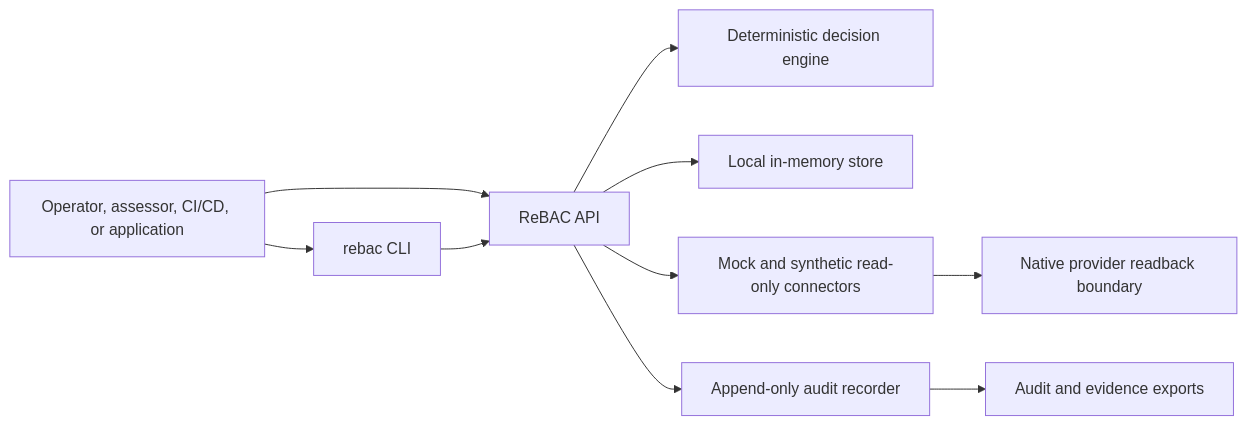
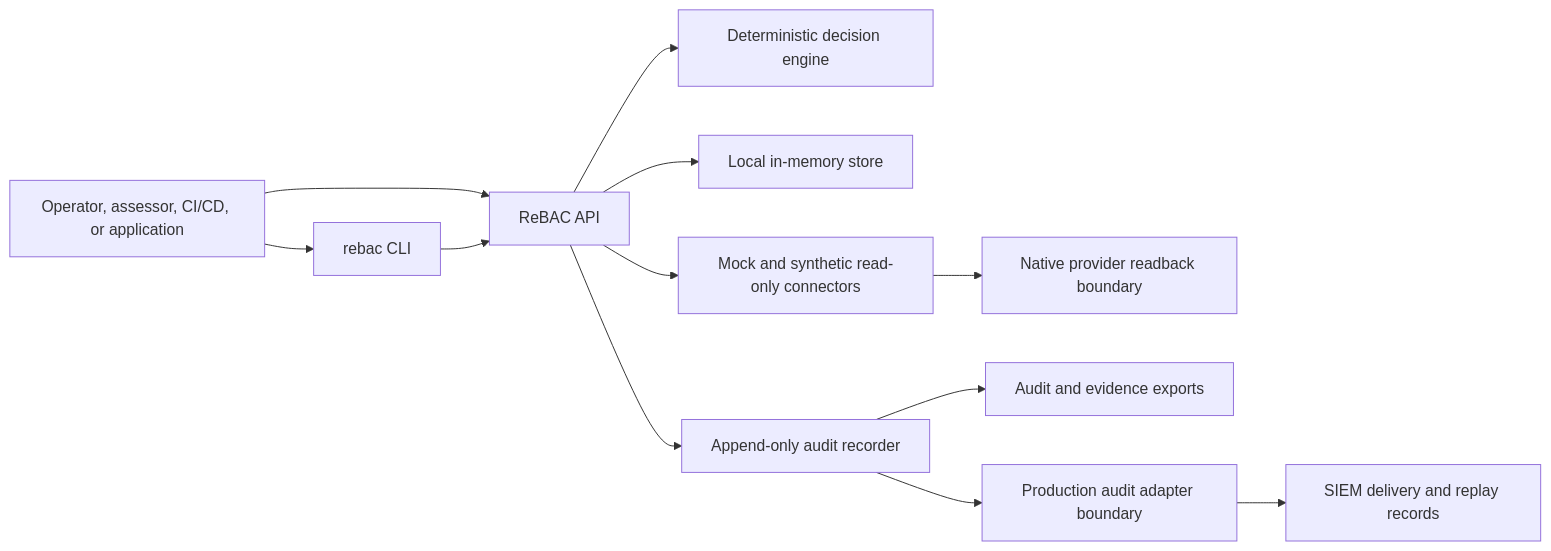
One commit to pbroom/access-kit changed the diagram in docs/system-context-and-boundary.md. Above: the diagram before and after it, drawn with Mermaid. The commit also changed other lines of this file and 21 other files, not shown here.

Commit message:
feat: add production audit evidence adapter (#74)

````diff
--- a/docs/system-context-and-boundary.md
+++ b/docs/system-context-and-boundary.md
@@ -21,12 +21,14 @@
 ```mermaid
 flowchart LR
   user["Operator, assessor, CI/CD, or application"] --> cli["rebac CLI"]
   user --> api["ReBAC API"]
   cli --> api
   api --> engine["Deterministic decision engine"]
   api --> store["Local in-memory store"]
   api --> connectors["Mock and synthetic read-only connectors"]
   connectors --> native["Native provider readback boundary"]
   api --> audit["Append-only audit recorder"]
   audit --> evidence["Audit and evidence exports"]
+  audit --> worm["Production audit adapter boundary"]
+  worm --> siem["SIEM delivery and replay records"]
 ```
````
